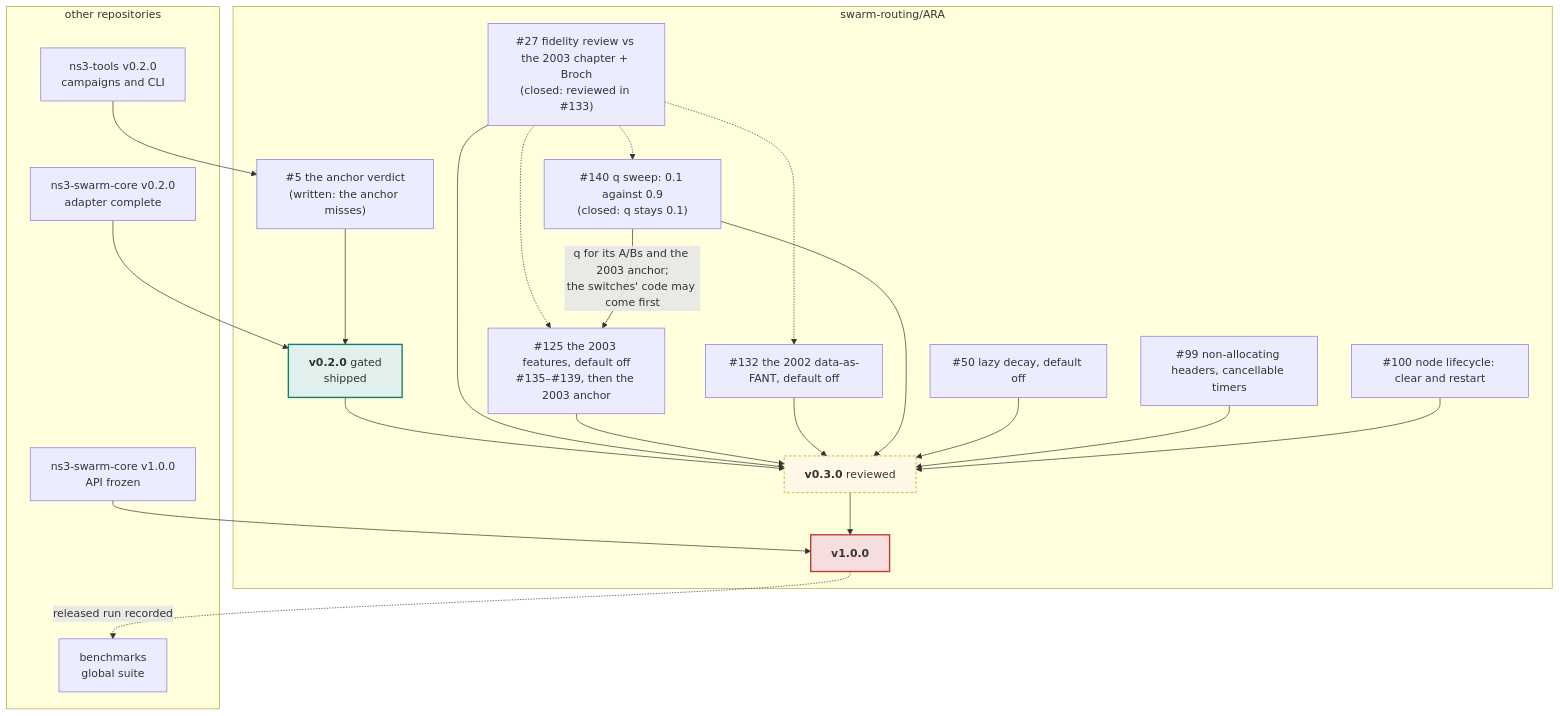
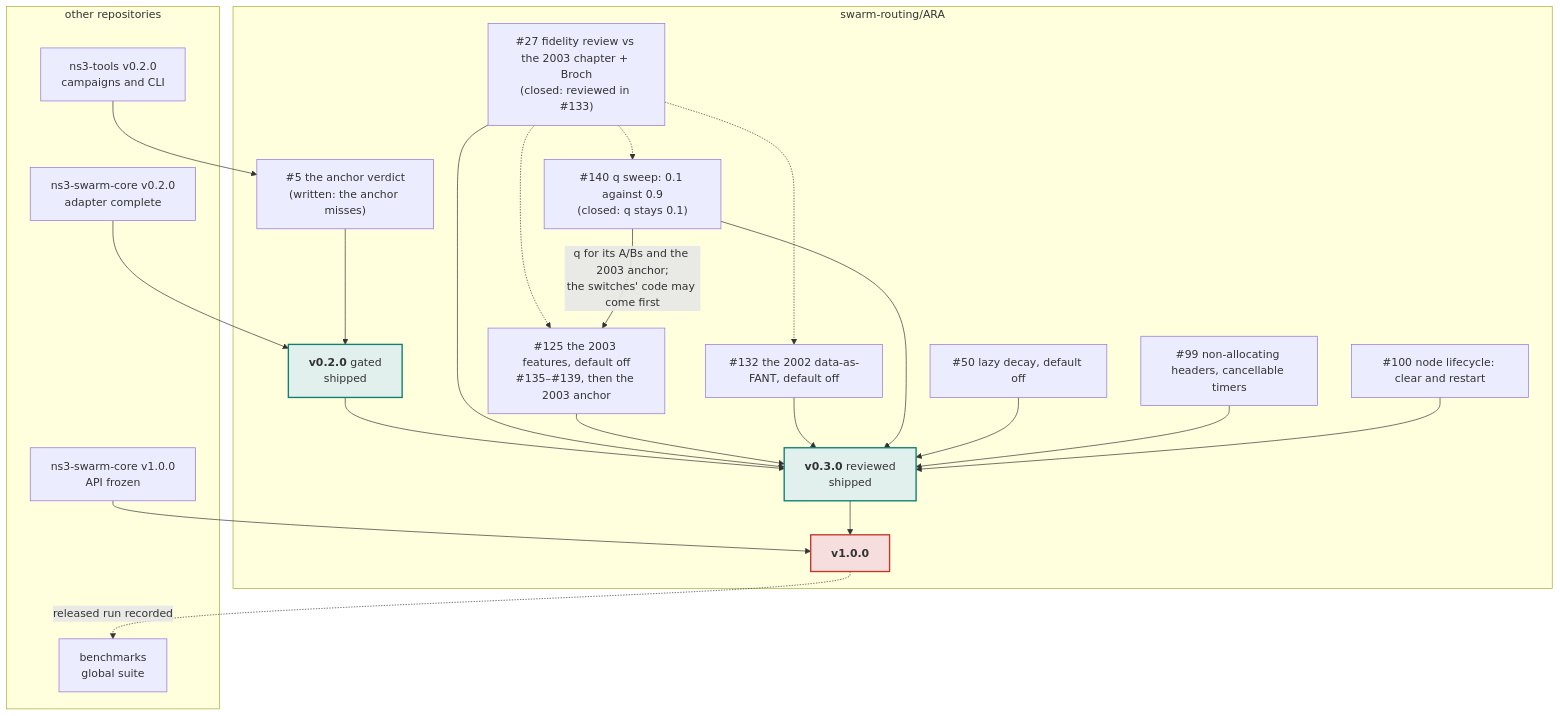
One commit to swarm-routing/ARA changed the second of 2 diagrams in docs/roadmap.md. Above: the diagram before and after it, drawn with Mermaid. The commit also changed other lines of this file, not shown here.

First line of the commit message:
docs(roadmap): v0.3.0 shipped (#312)

````diff
--- a/docs/roadmap.md
+++ b/docs/roadmap.md
@@ -68,45 +68,45 @@
 ```mermaid
 flowchart TB
     subgraph ARA["swarm-routing/ARA"]
         I5["#5 the anchor verdict<br/>(written: the anchor misses)"]
         I27["#27 fidelity review vs the 2003 chapter + Broch<br/>(closed: reviewed in #133)"]
         I125["#125 the 2003 features, default off<br/>#135–#139, then the 2003 anchor"]
         I132["#132 the 2002 data-as-FANT, default off"]
         I140["#140 q sweep: 0.1 against 0.9<br/>(closed: q stays 0.1)"]
         I50["#50 lazy decay, default off"]
         I99["#99 non-allocating headers, cancellable timers"]
         I100["#100 node lifecycle: clear and restart"]
         V02["<b>v0.2.0</b> gated<br/>shipped"]
-        V03["<b>v0.3.0</b> reviewed"]
+        V03["<b>v0.3.0</b> reviewed<br/>shipped"]
         V10["<b>v1.0.0</b>"]
     end
     subgraph XR["other repositories"]
         T02["ns3-tools v0.2.0<br/>campaigns and CLI"]
         S02["ns3-swarm-core v0.2.0<br/>adapter complete"]
         S10["ns3-swarm-core v1.0.0<br/>API frozen"]
         BM["benchmarks<br/>global suite"]
     end
 
     I5 --> V02
     T02 --> I5
     S02 --> V02
     V02 --> V03
     I27 --> V03
     I27 -.-> I125
     I27 -.-> I132
     I27 -.-> I140
     I140 -->|"q for its A/Bs and the 2003 anchor;<br/>the switches' code may come first"| I125
     I125 --> V03
     I132 --> V03
     I140 --> V03
     I50 --> V03
     I99 --> V03
     I100 --> V03
     V03 --> V10
     S10 --> V10
     V10 -.->|"released run recorded"| BM
 
     style V02 fill:#e2f0ed,stroke:#0f7f70,stroke-width:2px
-    style V03 fill:#fff8e6,stroke:#c48f00,stroke-dasharray:4 3
+    style V03 fill:#e2f0ed,stroke:#0f7f70,stroke-width:2px
     style V10 fill:#f6dede,stroke:#c0392b,stroke-width:2px
 ```
````
